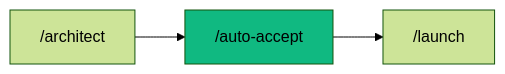
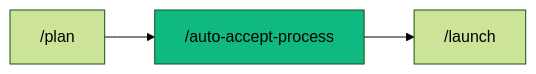
The diagram in .agent/workflows/auto-accept-process.md (pikakit/agent-skills), drawn with Mermaid (forest theme) before and after one commit. The commit also changed other lines of this file and 272 other files, not shown here.

````diff
--- a/.agent/workflows/auto-accept-process.md
+++ b/.agent/workflows/auto-accept-process.md
@@ -311,6 +329,6 @@
 ```mermaid
 graph LR
-    A["/architect"] --> B["/auto-accept"]
+    A["/plan"] --> B["/auto-accept-process"]
     B --> C["/launch"]
     style B fill:#10b981
 ```
````
